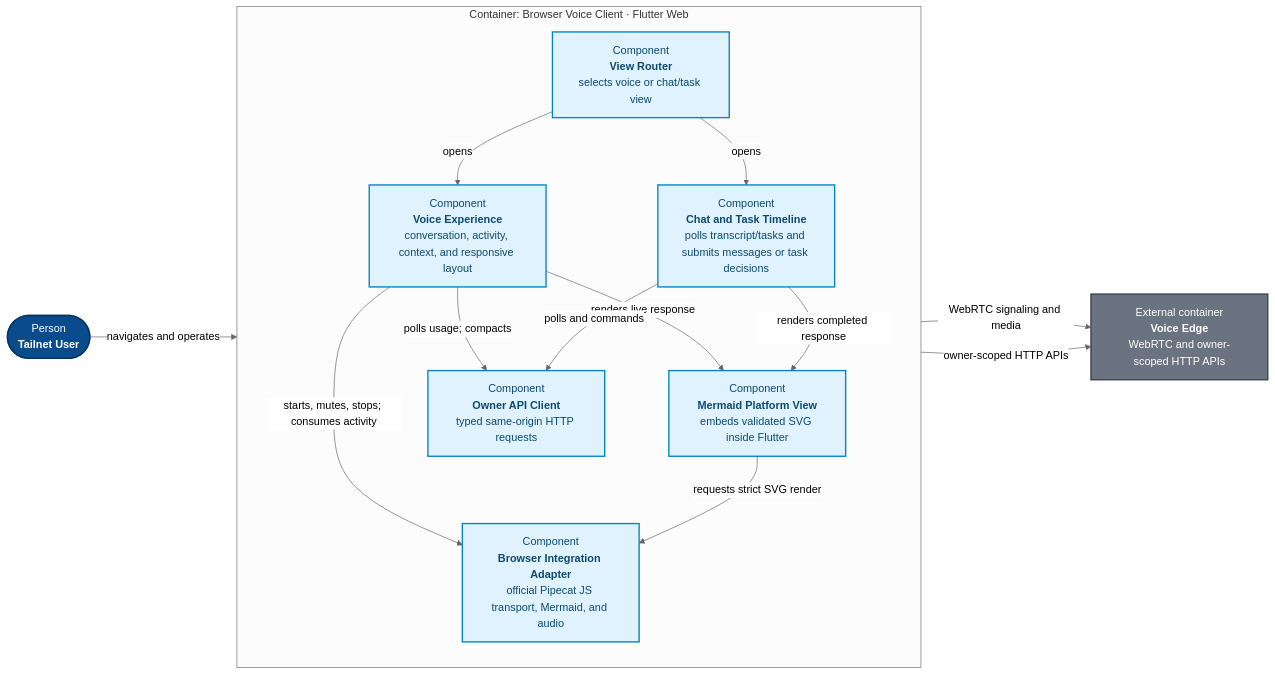
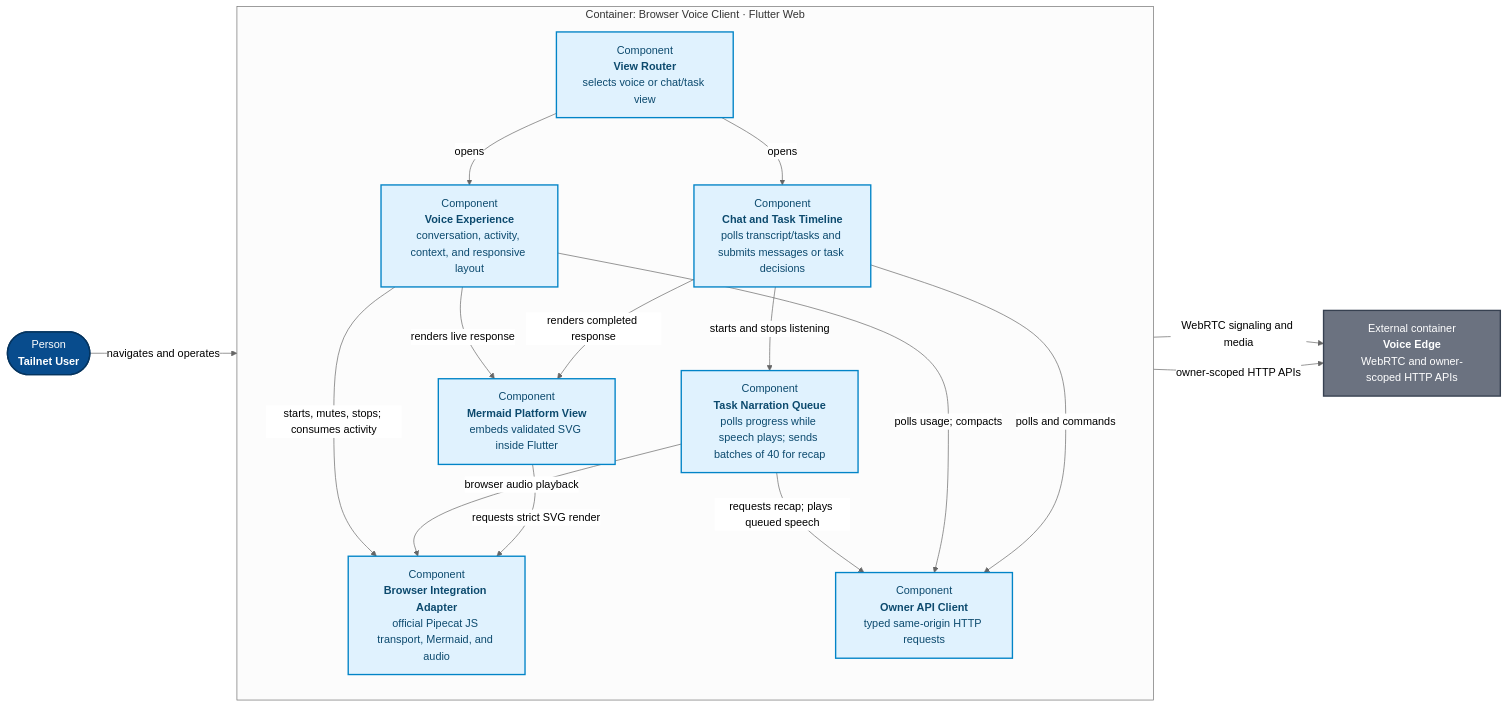
The diagram in products/voice-agent/docs/architecture/c3-browser-client.mmd (ragavsathish/agent-workload-platform), drawn with Mermaid (neutral theme) before and after one commit. The commit also changed 15 other files, not shown here.

First line of the commit message:
Narrate task progress through a separate Pi session

```diff
--- a/products/voice-agent/docs/architecture/c3-browser-client.mmd
+++ b/products/voice-agent/docs/architecture/c3-browser-client.mmd
@@ -1,33 +1,37 @@
 flowchart LR
     USER([Person<br/><b>Tailnet User</b>])
     EDGE[External container<br/><b>Voice Edge</b><br/>WebRTC and owner-scoped HTTP APIs]
 
     subgraph BROWSER["Container: Browser Voice Client · Flutter Web"]
         direction TB
         ROUTER["Component<br/><b>View Router</b><br/>selects voice or chat/task view"]
         VOICE["Component<br/><b>Voice Experience</b><br/>conversation, activity, context, and responsive layout"]
         TIMELINE["Component<br/><b>Chat and Task Timeline</b><br/>polls transcript/tasks and submits messages or task decisions"]
+        NARRATION["Component<br/><b>Task Narration Queue</b><br/>polls progress while speech plays; sends batches of 40 for recap"]
         API["Component<br/><b>Owner API Client</b><br/>typed same-origin HTTP requests"]
         DIAGRAM["Component<br/><b>Mermaid Platform View</b><br/>embeds validated SVG inside Flutter"]
         ADAPTER["Component<br/><b>Browser Integration Adapter</b><br/>official Pipecat JS transport, Mermaid, and audio"]
 
         ROUTER -->|"opens"| VOICE
         ROUTER -->|"opens"| TIMELINE
         VOICE -->|"starts, mutes, stops; consumes activity"| ADAPTER
         VOICE -->|"renders live response"| DIAGRAM
         TIMELINE -->|"renders completed response"| DIAGRAM
+        TIMELINE -->|"starts and stops listening"| NARRATION
+        NARRATION -->|"requests recap; plays queued speech"| API
+        NARRATION -->|"browser audio playback"| ADAPTER
         DIAGRAM -->|"requests strict SVG render"| ADAPTER
         VOICE -->|"polls usage; compacts"| API
         TIMELINE -->|"polls and commands"| API
     end
 
     USER -->|"navigates and operates"| ROUTER
     ADAPTER -->|"WebRTC signaling and media"| EDGE
     API -->|"owner-scoped HTTP APIs"| EDGE
 
     classDef person fill:#084c8d,color:#fff,stroke:#05345f,stroke-width:2px;
     classDef component fill:#e0f2fe,color:#0c4a6e,stroke:#0284c7,stroke-width:2px;
     classDef external fill:#6b7280,color:#fff,stroke:#374151,stroke-width:2px;
     class USER person;
-    class ROUTER,VOICE,TIMELINE,API,DIAGRAM,ADAPTER component;
+    class ROUTER,VOICE,TIMELINE,NARRATION,API,DIAGRAM,ADAPTER component;
     class EDGE external;
```
